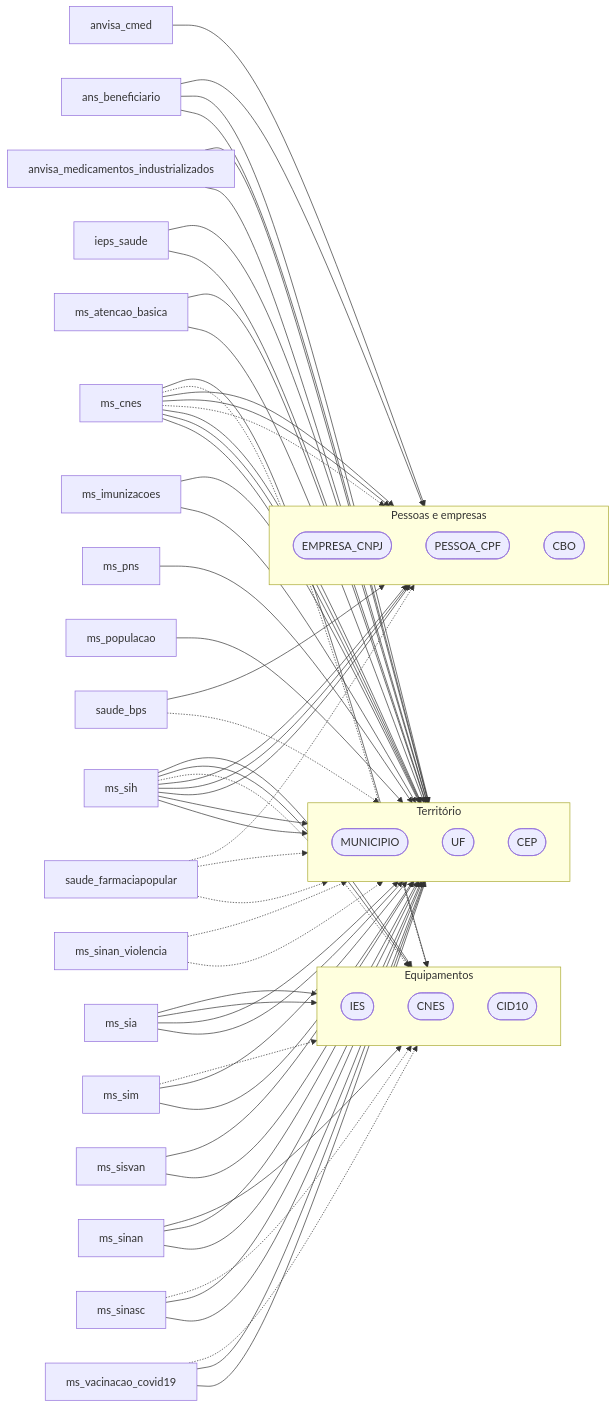
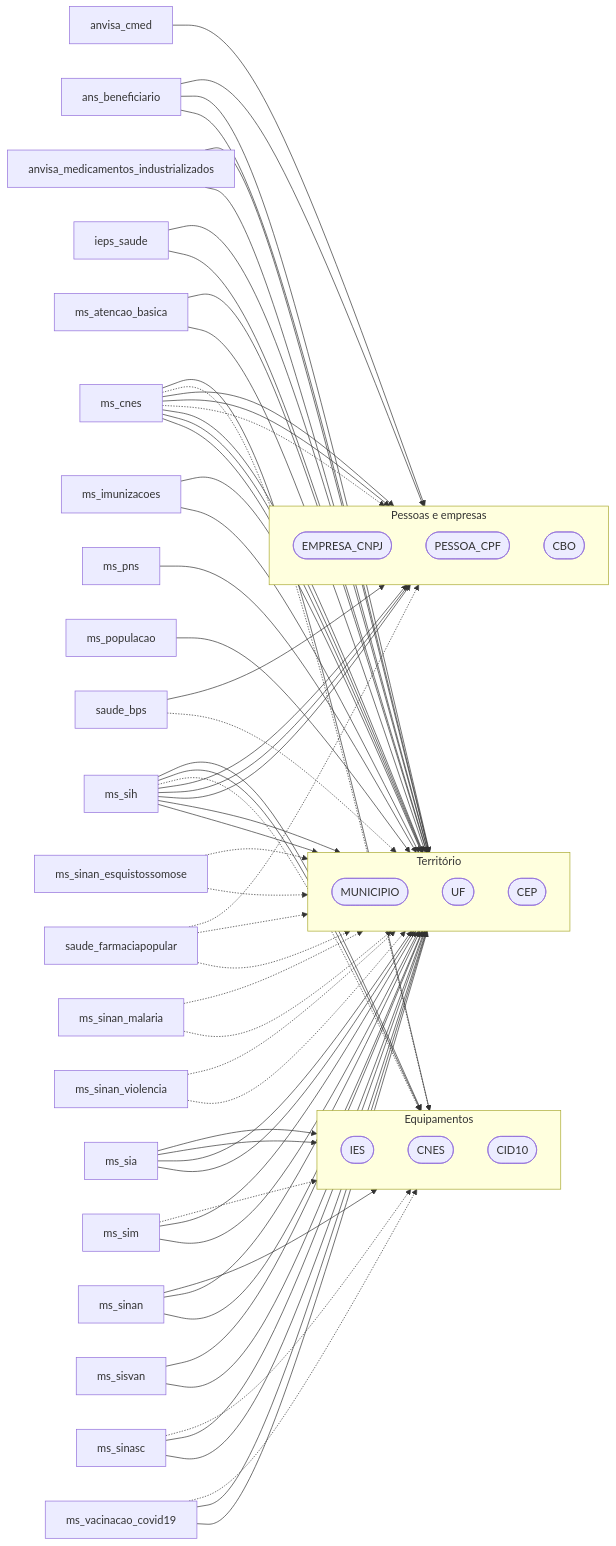
Before and after one commit to rafapolo/rodado: the third of 12 diagrams in docs/Flow.md, drawn with Mermaid. The commit also changed other lines of this file and 10 other files, not shown here.

```diff
--- a/docs/Flow.md
+++ b/docs/Flow.md
@@ -184,6 +186,8 @@
     saude_br_ms_sih["ms_sih"]
     saude_br_ms_sim["ms_sim"]
     saude_br_ms_sinan["ms_sinan"]
+    saude_br_ms_sinan_esquistossomose["ms_sinan_esquistossomose"]
+    saude_br_ms_sinan_malaria["ms_sinan_malaria"]
     saude_br_ms_sinan_violencia["ms_sinan_violencia"]
     saude_br_ms_sinasc["ms_sinasc"]
     saude_br_ms_sisvan["ms_sisvan"]
@@ -248,6 +252,10 @@
     saude_br_ms_sinan --> saude_CNES
     saude_br_ms_sinan --> saude_MUNICIPIO
     saude_br_ms_sinan --> saude_UF
+    saude_br_ms_sinan_esquistossomose -.-> saude_MUNICIPIO
+    saude_br_ms_sinan_esquistossomose -.-> saude_UF
+    saude_br_ms_sinan_malaria -.-> saude_MUNICIPIO
+    saude_br_ms_sinan_malaria -.-> saude_UF
     saude_br_ms_sinan_violencia -.-> saude_MUNICIPIO
     saude_br_ms_sinan_violencia -.-> saude_UF
     saude_br_ms_sinasc -.-> saude_CNES
```
